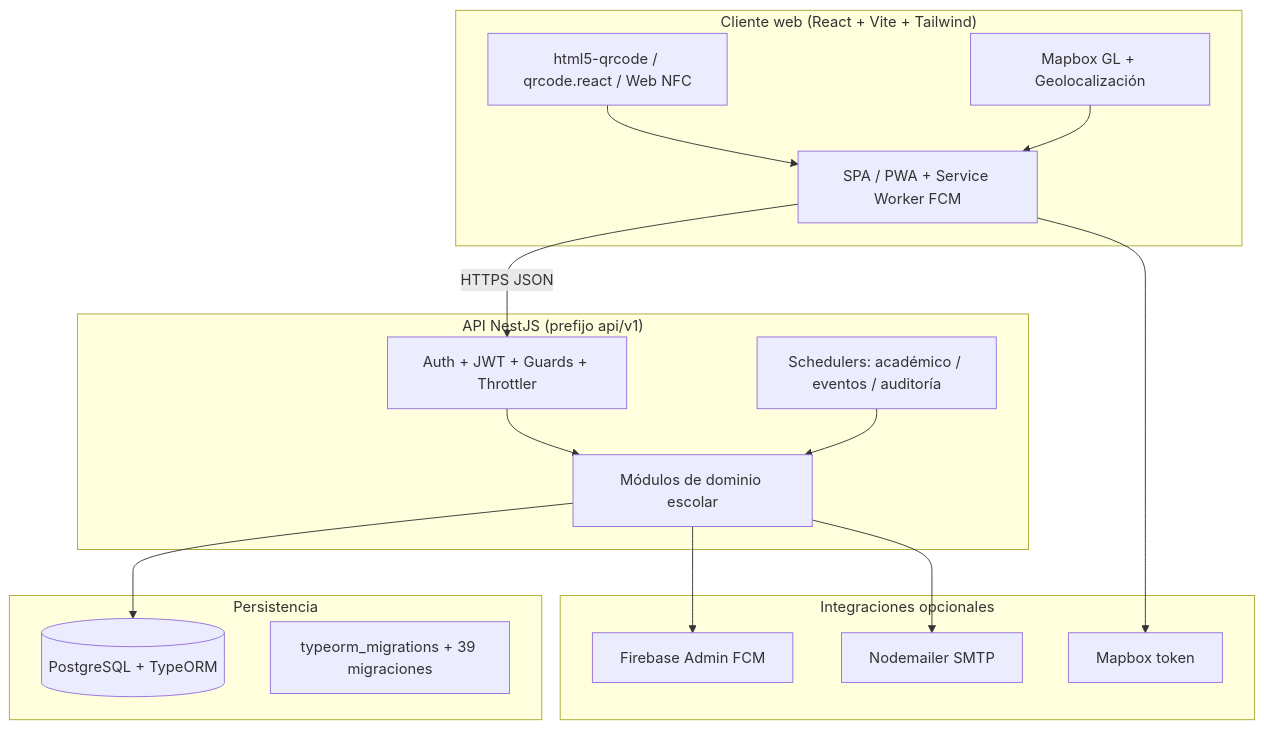
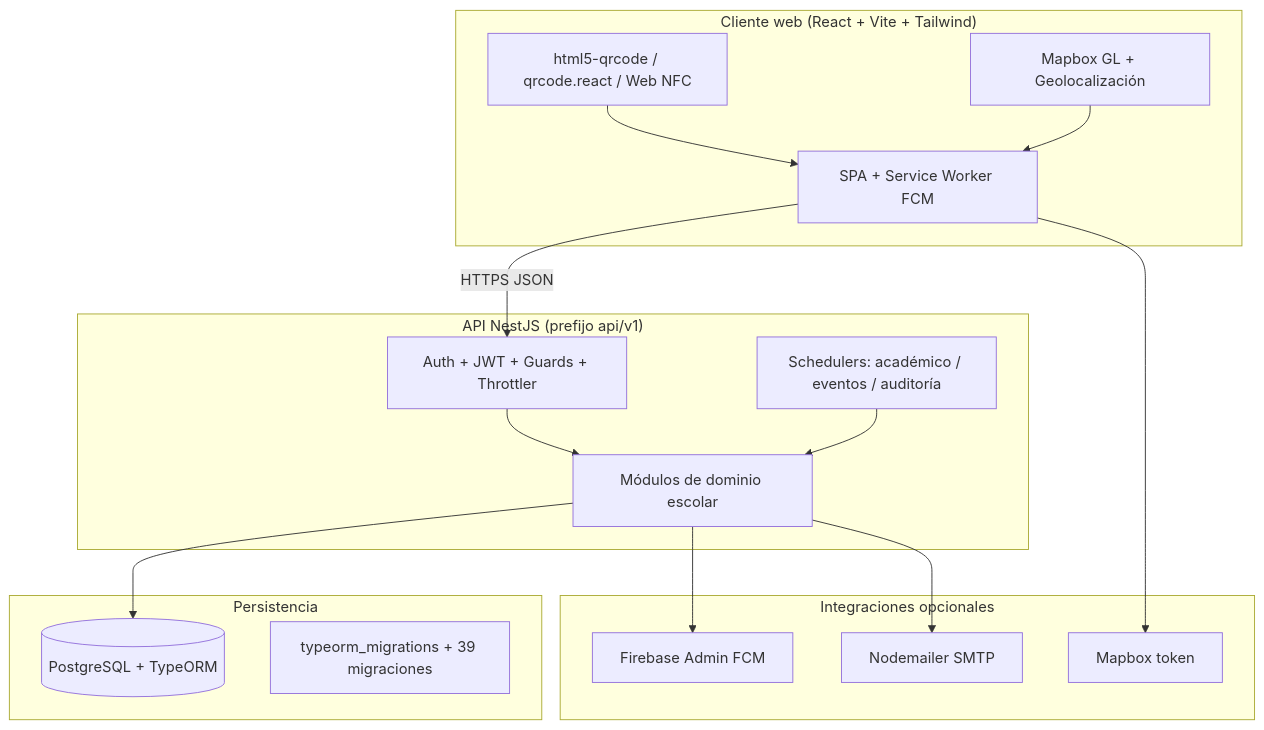
The first of 4 diagrams in 01 - Escuela Pass/docs/tdg/TDG-2_Escuela_Pass_borrador_maestro_v2.md (UJohnnyU/EscuelaPass---Seguridad-Institucional), drawn with Mermaid before and after one commit. The commit also changed other lines of this file and 37 other files, not shown here.

````diff
--- a/01 - Escuela Pass/docs/tdg/TDG-2_Escuela_Pass_borrador_maestro_v2.md
+++ b/01 - Escuela Pass/docs/tdg/TDG-2_Escuela_Pass_borrador_maestro_v2.md
@@ -366,31 +382,31 @@
 ```mermaid
 flowchart TB
   subgraph Cliente["Cliente web (React + Vite + Tailwind)"]
-    SPA[SPA / PWA + Service Worker FCM]
+    SPA[SPA + Service Worker FCM]
     QR[html5-qrcode / qrcode.react / Web NFC]
     MAP[Mapbox GL + Geolocalización]
   end
   subgraph API["API NestJS (prefijo api/v1)"]
     AUTH[Auth + JWT + Guards + Throttler]
     DOM[Módulos de dominio escolar]
     SCH[Schedulers: académico / eventos / auditoría]
   end
   subgraph DATA["Persistencia"]
     PG[(PostgreSQL + TypeORM)]
     MIG[typeorm_migrations + 39 migraciones]
   end
   subgraph EXT["Integraciones opcionales"]
     FCM[Firebase Admin FCM]
     SMTP[Nodemailer SMTP]
     MB[Mapbox token]
   end
   SPA -->|HTTPS JSON| AUTH
   QR --> SPA
   MAP --> SPA
   AUTH --> DOM
   DOM --> PG
   SCH --> DOM
   DOM --> FCM
   DOM --> SMTP
   SPA --> MB
 ```
````
